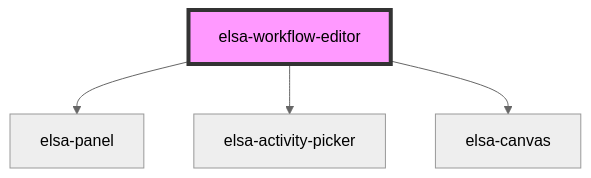
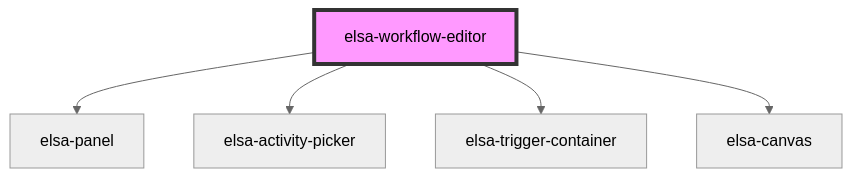
The diagram in src/designer/elsa-workflows-designer/src/components/elsa-workflow-editor/readme.md (elsa-workflows/experimental), drawn with Mermaid (neutral theme) before and after one commit. The commit also changed other lines of this file and 15 other files, not shown here.

````diff
--- a/src/designer/elsa-workflows-designer/src/components/elsa-workflow-editor/readme.md
+++ b/src/designer/elsa-workflows-designer/src/components/elsa-workflow-editor/readme.md
@@ -17,7 +18,8 @@
 ```mermaid
 graph TD;
   elsa-workflow-editor --> elsa-panel
   elsa-workflow-editor --> elsa-activity-picker
+  elsa-workflow-editor --> elsa-trigger-container
   elsa-workflow-editor --> elsa-canvas
   style elsa-workflow-editor fill:#f9f,stroke:#333,stroke-width:4px
 ```
````
